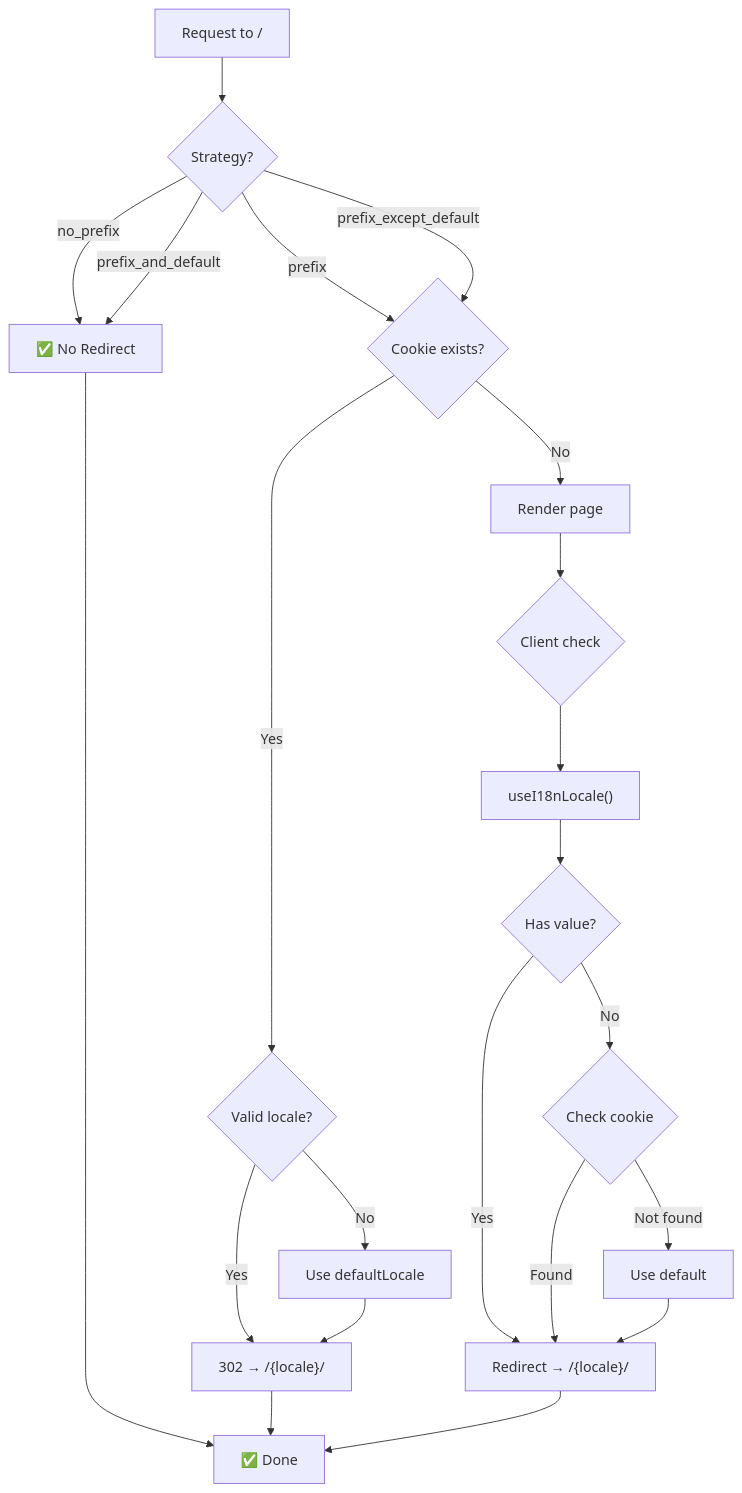
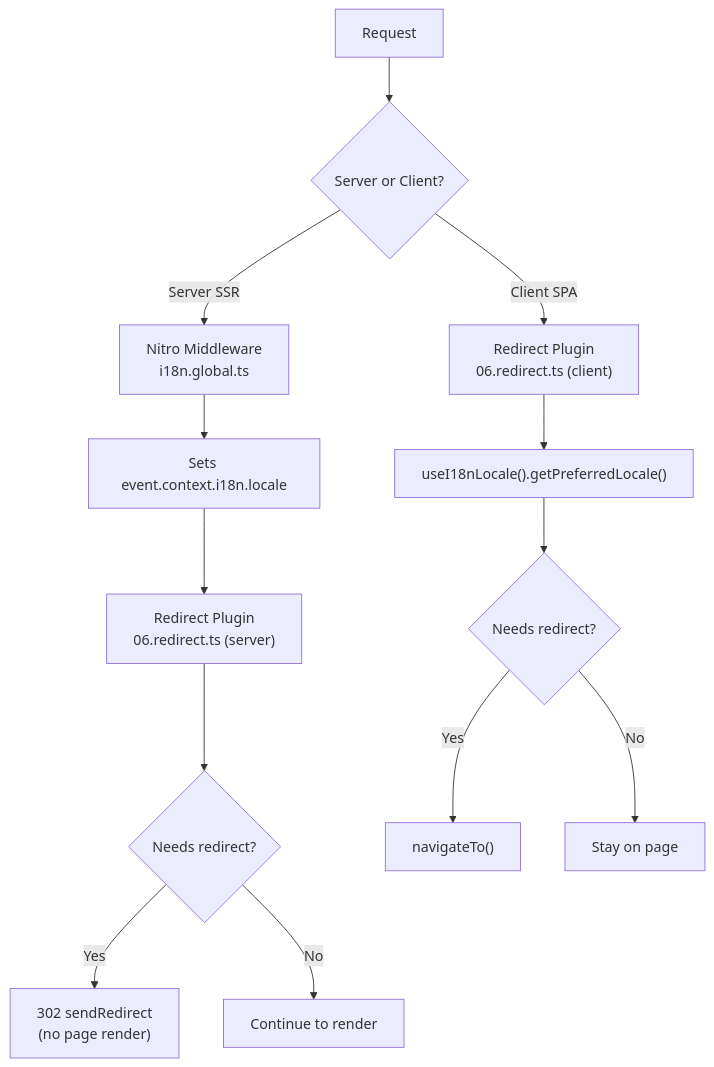
Before and after one commit to s00d/nuxt-i18n-micro: the second of 2 diagrams in docs/guide/strategy.md, drawn with Mermaid. The commit also changed other lines of this file, not shown here.

Commit message:
docs(strategy): update routing strategies section for clarity and detail

````diff
--- a/docs/guide/strategy.md
+++ b/docs/guide/strategy.md
@@ -155,29 +111,17 @@
 ```mermaid
 flowchart TB
-    A["Request to /"] --> B{Strategy?}
-    
-    B -->|no_prefix| C["✅ No Redirect"]
-    B -->|prefix_and_default| C
-    B -->|prefix| D{Cookie exists?}
-    B -->|prefix_except_default| D
-    
-    D -->|Yes| E{Valid locale?}
-    D -->|No| F[Render page]
-    
-    E -->|Yes| G["302 → /{locale}/"]
-    E -->|No| H[Use defaultLocale]
-    H --> G
-    
-    F --> I{Client check}
-    I --> J["useI18nLocale()"]
-    J --> K{Has value?}
-    K -->|Yes| L["Redirect → /{locale}/"]
-    K -->|No| M{Check cookie}
-    M -->|Found| L
-    M -->|Not found| N[Use default]
-    N --> L
-    
-    C --> O["✅ Done"]
-    G --> O
-    L --> O
+    A["Request"] --> B{Server or Client?}
+
+    B -->|Server SSR| C["Nitro Middleware<br/>i18n.global.ts"]
+    C --> D["Sets event.context.i18n.locale"]
+    D --> E["Redirect Plugin<br/>06.redirect.ts (server)"]
+    E --> F{Needs redirect?}
+    F -->|Yes| G["302 sendRedirect<br/>(no page render)"]
+    F -->|No| H["Continue to render"]
+
+    B -->|Client SPA| I["Redirect Plugin<br/>06.redirect.ts (client)"]
+    I --> J["useI18nLocale().getPreferredLocale()"]
+    J --> K{Needs redirect?}
+    K -->|Yes| L["navigateTo()"]
+    K -->|No| M["Stay on page"]
 ```
````
